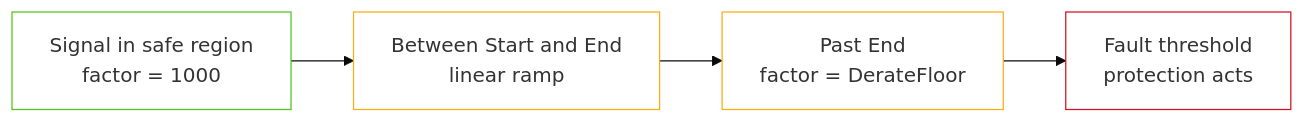
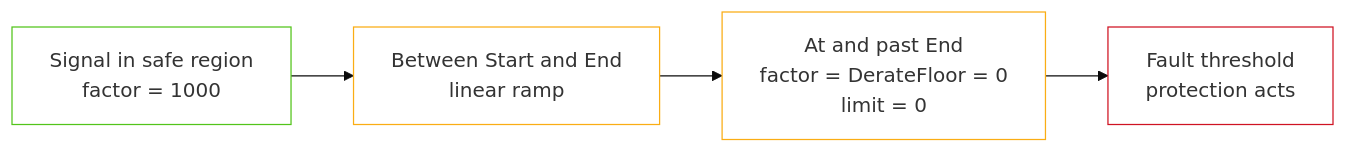
One commit to jsivolt/BMS_demo changed the fourth of 6 diagrams in src/battery/SOP_DESIGN.md. Above: the diagram before and after it, drawn with Mermaid (base theme). The commit also changed other lines of this file and 8 other files, not shown here.

````diff
--- a/src/battery/SOP_DESIGN.md
+++ b/src/battery/SOP_DESIGN.md
@@ -405,13 +416,13 @@
 ```mermaid
 flowchart LR
     A["Signal in safe region<br/>factor = 1000"] --> B["Between Start and End<br/>linear ramp"]
-    B --> C["Past End<br/>factor = DerateFloor"]
+    B --> C["At and past End<br/>factor = DerateFloor = 0<br/>limit = 0"]
     C --> D["Fault threshold<br/>protection acts"]
 
     classDef ok fill:transparent,stroke:#52c41a
     classDef warn fill:transparent,stroke:#faad14
     classDef bad fill:transparent,stroke:#cf1322
     class A ok
     class B,C warn
     class D bad
 ```
````
